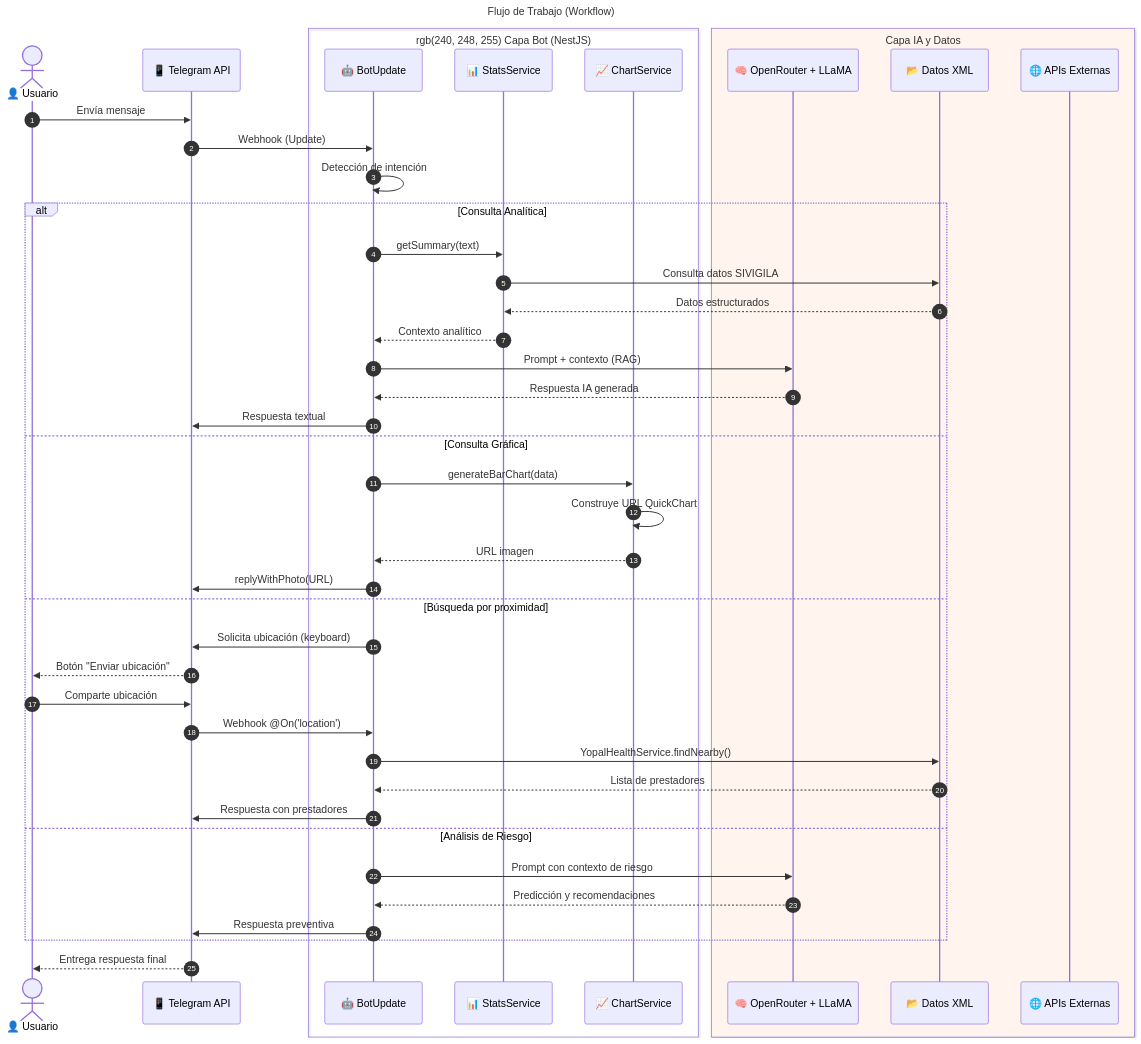
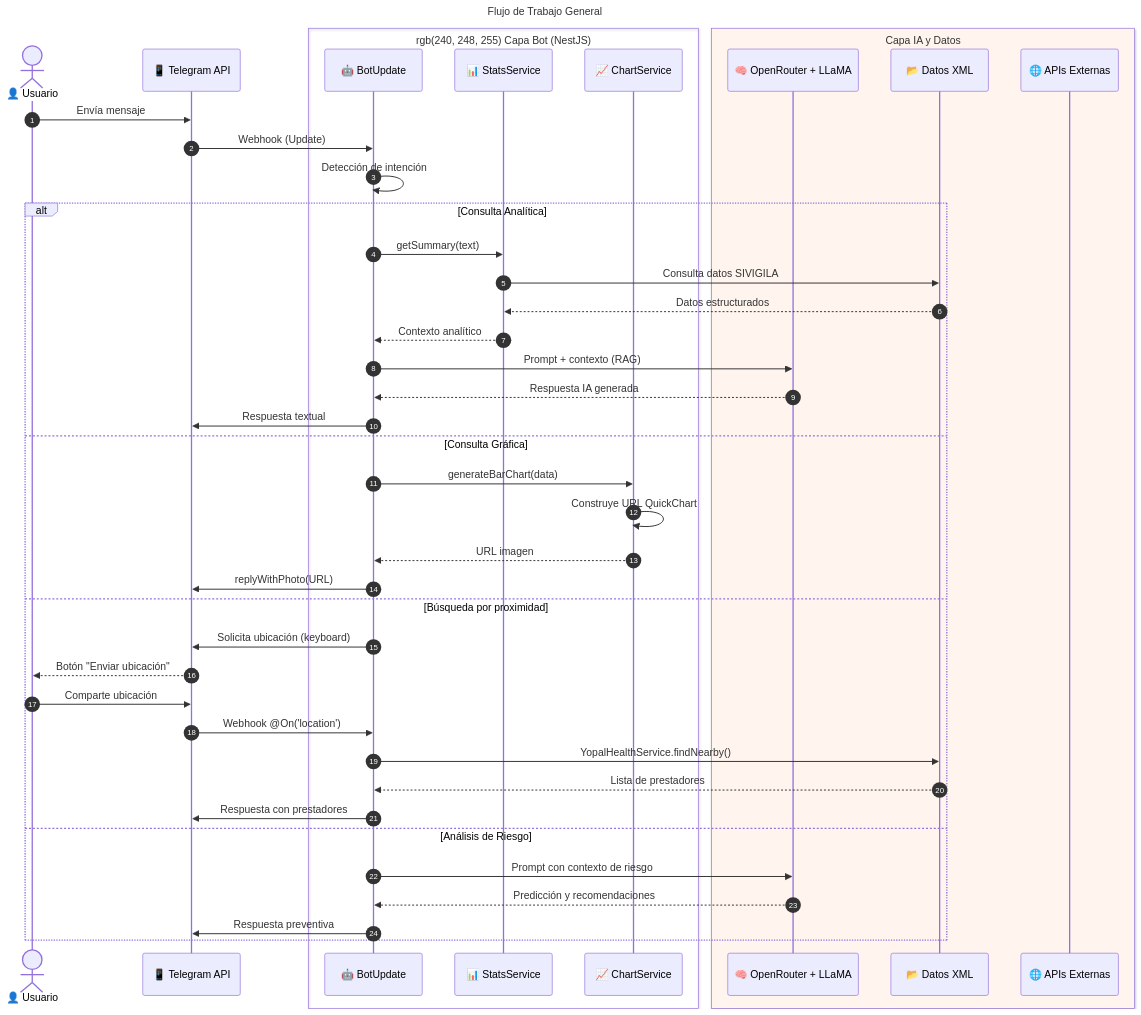
One commit to RubenDarioGuerreroNeira/Ecosistema-IA-Colombia changed the third of 4 diagrams in DOCUMENTACION_TECNICA.md. Above: the diagram before and after it, drawn with Mermaid. The commit also changed other lines of this file, not shown here.

`````diff
--- a/DOCUMENTACION_TECNICA.md
+++ b/DOCUMENTACION_TECNICA.md
@@ -196,52 +219,50 @@
 ```mermaid
 ---
-title: Flujo de Trabajo (Workflow)
+title: Flujo de Trabajo General
 ---
 sequenceDiagram
     autonumber
     actor User as 👤 Usuario
     participant Telegram as 📱 Telegram API
     box rgb(240, 248, 255) Capa Bot (NestJS)
         participant Bot as 🤖 BotUpdate
         participant Stats as 📊 StatsService
         participant Chart as 📈 ChartService
     end
     box rgb(255, 245, 238) Capa IA y Datos
         participant Genkit as 🧠 OpenRouter + LLaMA
         participant XML as 📂 Datos XML
         participant API as 🌐 APIs Externas
     end
 
     User->>Telegram: Envía mensaje
     Telegram->>Bot: Webhook (Update)
     Bot->>Bot: Detección de intención
 
     alt Consulta Analítica
         Bot->>Stats: getSummary(text)
         Stats->>XML: Consulta datos SIVIGILA
         XML-->>Stats: Datos estructurados
         Stats-->>Bot: Contexto analítico
         Bot->>Genkit: Prompt + contexto (RAG)
         Genkit-->>Bot: Respuesta IA generada
         Bot->>Telegram: Respuesta textual
     else Consulta Gráfica
         Bot->>Chart: generateBarChart(data)
         Chart->>Chart: Construye URL QuickChart
         Chart-->>Bot: URL imagen
         Bot->>Telegram: replyWithPhoto(URL)
     else Búsqueda por proximidad
         Bot->>Telegram: Solicita ubicación (keyboard)
         Telegram-->>User: Botón "Enviar ubicación"
         User->>Telegram: Comparte ubicación
         Telegram->>Bot: Webhook @On('location')
         Bot->>XML: YopalHealthService.findNearby()
         XML-->>Bot: Lista de prestadores
         Bot->>Telegram: Respuesta con prestadores
     else Análisis de Riesgo
         Bot->>Genkit: Prompt con contexto de riesgo
         Genkit-->>Bot: Predicción y recomendaciones
         Bot->>Telegram: Respuesta preventiva
     end
-
-    Telegram-->>User: Entrega respuesta final
-````
+```
`````
